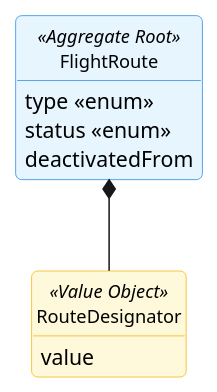
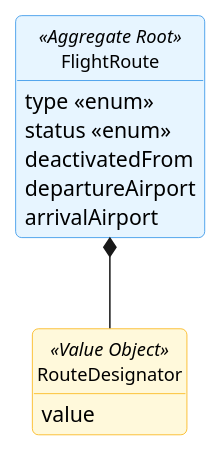
The diagram in docs/global-artifacts/02.analysis/puml/Aggregates/FlightRouteAggregate.puml (GustavoFerreira24/flight-management-platform), drawn with PlantUML before and after one commit. The commit also changed 6 other files, not shown here.

```diff
--- a/docs/global-artifacts/02.analysis/puml/Aggregates/FlightRouteAggregate.puml
+++ b/docs/global-artifacts/02.analysis/puml/Aggregates/FlightRouteAggregate.puml
@@ -1,38 +1,40 @@
 @startuml
 skinparam {
     BackgroundColor white
     RoundCorner 8
     Shadowing false
     Handwritten false
     ClassAttributeIconSize 0
 
     ClassBackgroundColor white
     ClassBorderColor #495057
     ClassFontSize 12
 
     ClassBackgroundColor<<Aggregate Root>> #E7F5FF
     ClassBorderColor<<Aggregate Root>> #228BE6
 
     ClassBackgroundColor<<Value Object>> #FFF9DB
     ClassBorderColor<<Value Object>> #FAB005
 
     ClassBackgroundColor<<Entity>> #F3F0FF
     ClassBorderColor<<Entity>> #7950F2
 }
 hide circle
 hide methods
 
 class FlightRoute <<Aggregate Root>> {
     type <<enum>>
     status <<enum>>
     deactivatedFrom
+    departureAirport
+    arrivalAirport
 }
 
 class RouteDesignator <<Value Object>> {
     value
 }
 
 FlightRoute *-- RouteDesignator
 
 
 @enduml
```
